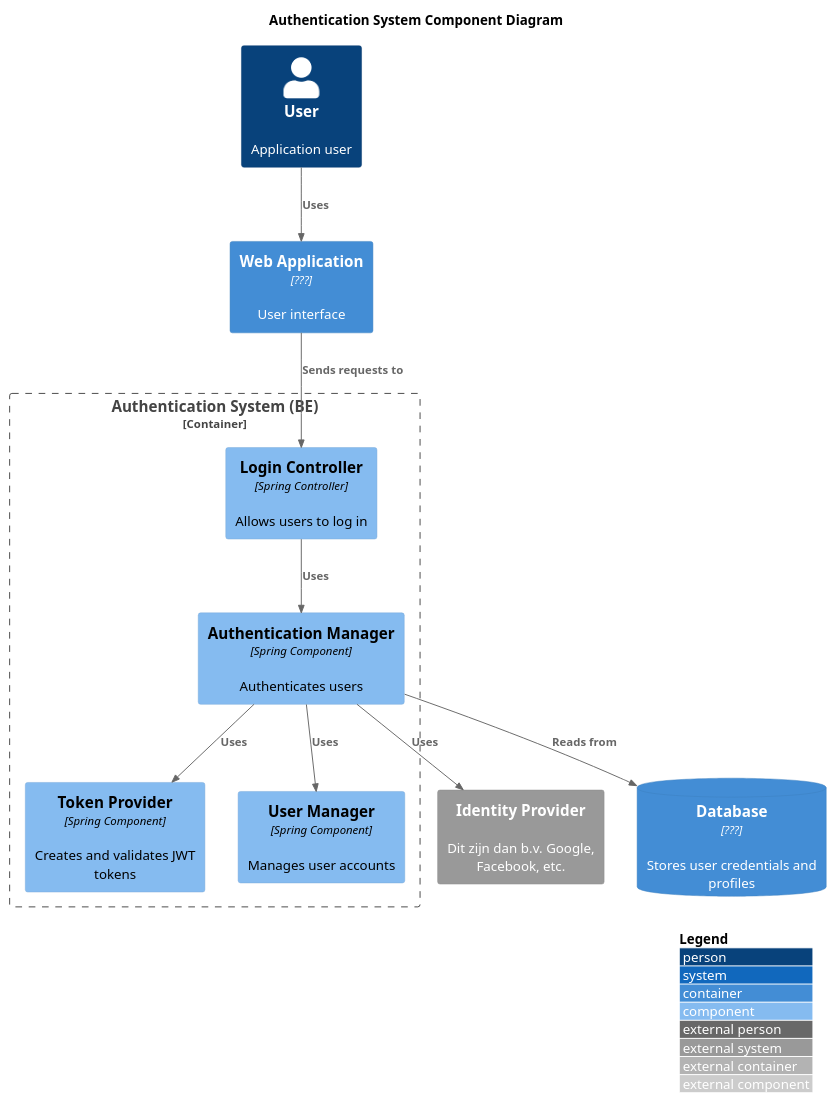
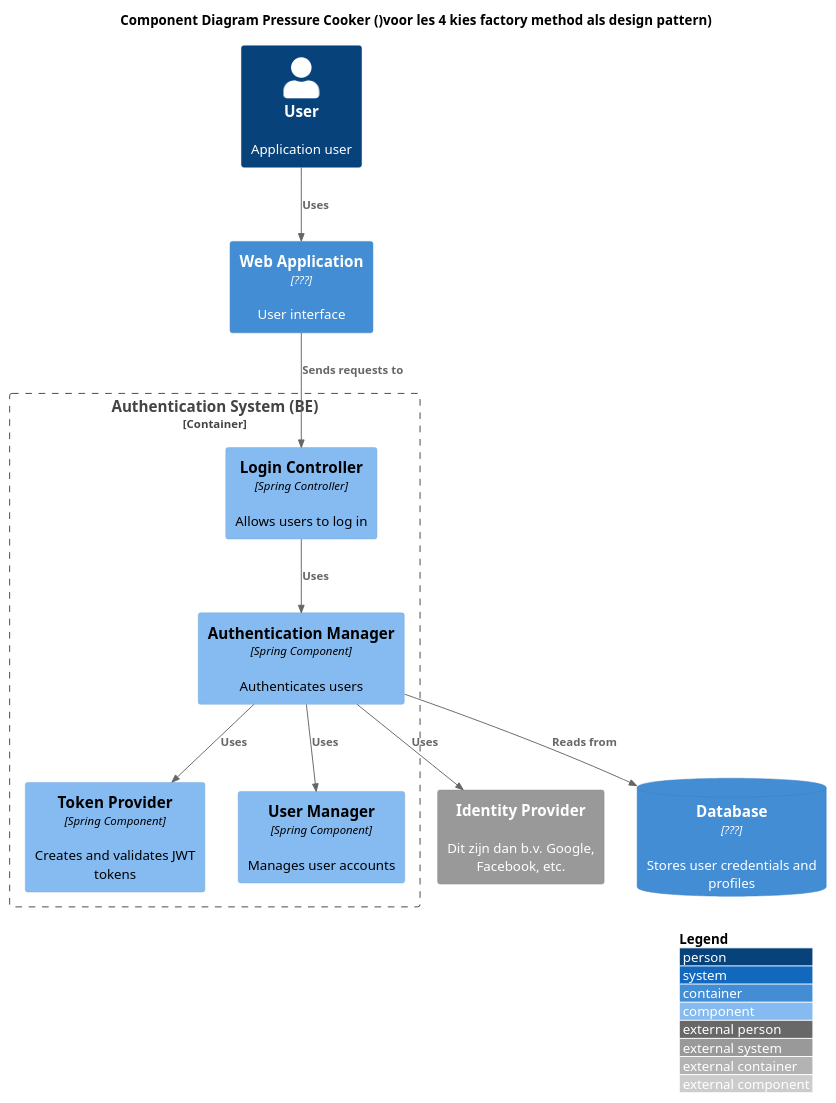
One commit to AIM-ENE-feb25/triptop-sqr-tech changed the diagram in Safa/W2L3V/Component Diagram.puml. Above: the diagram before and after it, drawn with PlantUML. The commit also changed 2 other files, not shown here.

```diff
--- a/Safa/W2L3V/Component Diagram.puml
+++ b/Safa/W2L3V/Component Diagram.puml
@@ -1,35 +1,33 @@
 @startuml
 
-title Component Diagram Pressure Cooker
+title Component Diagram Pressure Cooker ()voor les 4 kies factory method als design pattern)
 
 !include https://raw.githubusercontent.com/plantuml-stdlib/C4-PlantUML/master/C4_Component.puml
 
 LAYOUT_WITH_LEGEND()
-
-title Authentication System Component Diagram
 
 Person(user, "User", "Application user")
 
 Container(frontend, "Web Application", "???", "User interface")
 
 Container_Boundary(authSystem, "Authentication System (BE)") {
     Component(LoginController, "Login Controller", "Spring Controller", "Allows users to log in")
     Component(authManager, "Authentication Manager", "Spring Component", "Authenticates users")
     Component(tokenProvider, "Token Provider", "Spring Component", "Creates and validates JWT tokens")
     Component(userManager, "User Manager", "Spring Component", "Manages user accounts")
 }
 
 System_Ext(idProviderInterface, "Identity Provider", "Dit zijn dan b.v. Google, Facebook, etc.")
 
 ContainerDb(database, "Database", "???", "Stores user credentials and profiles")
 
 Rel(user, frontend, "Uses")
 Rel(frontend, LoginController, "Sends requests to")
 Rel(LoginController, authManager, "Uses")
 Rel(authManager, idProviderInterface, "Uses")
 Rel(authManager, tokenProvider, "Uses")
 Rel(authManager, userManager, "Uses")
 
 Rel(authManager, database, "Reads from")
 
 @enduml
```
